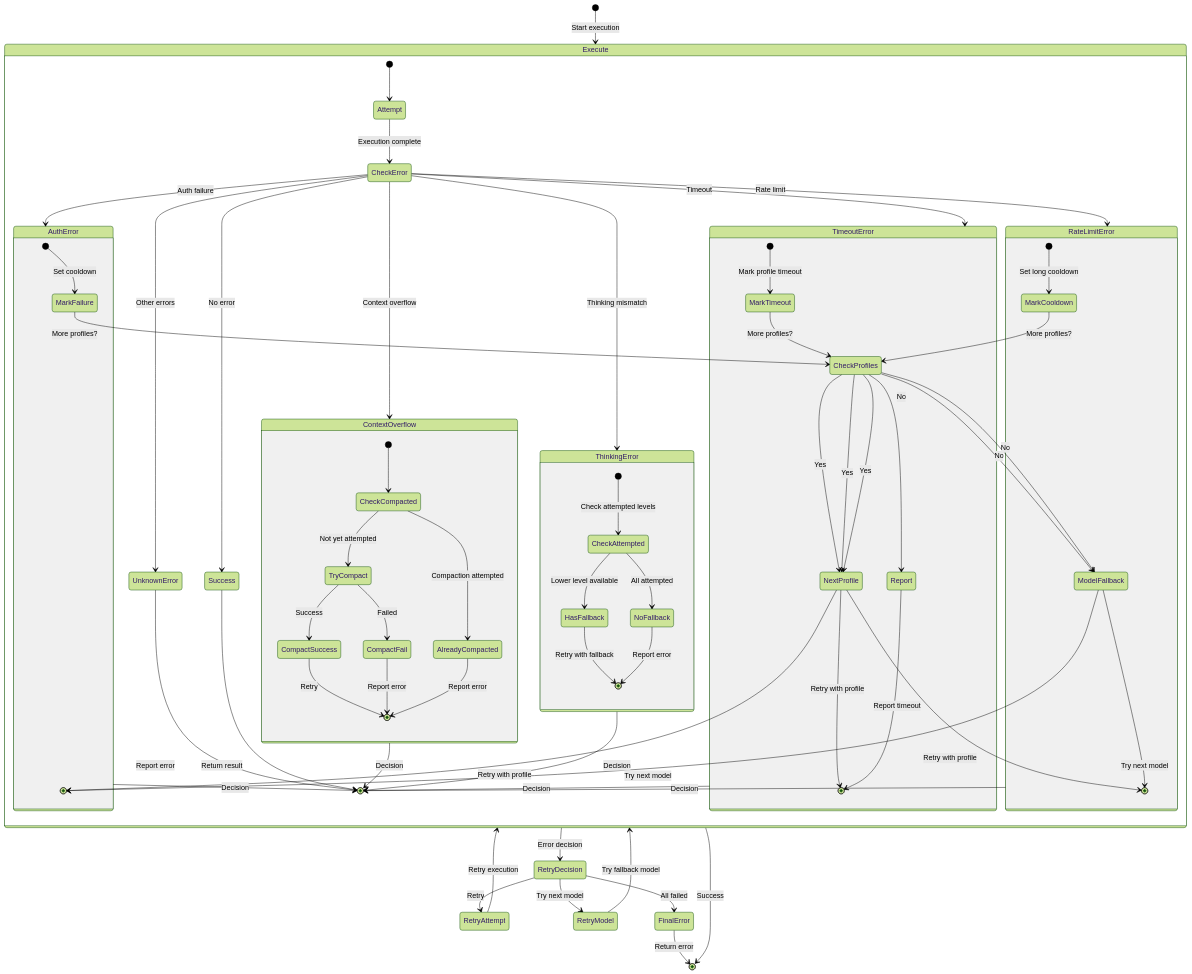
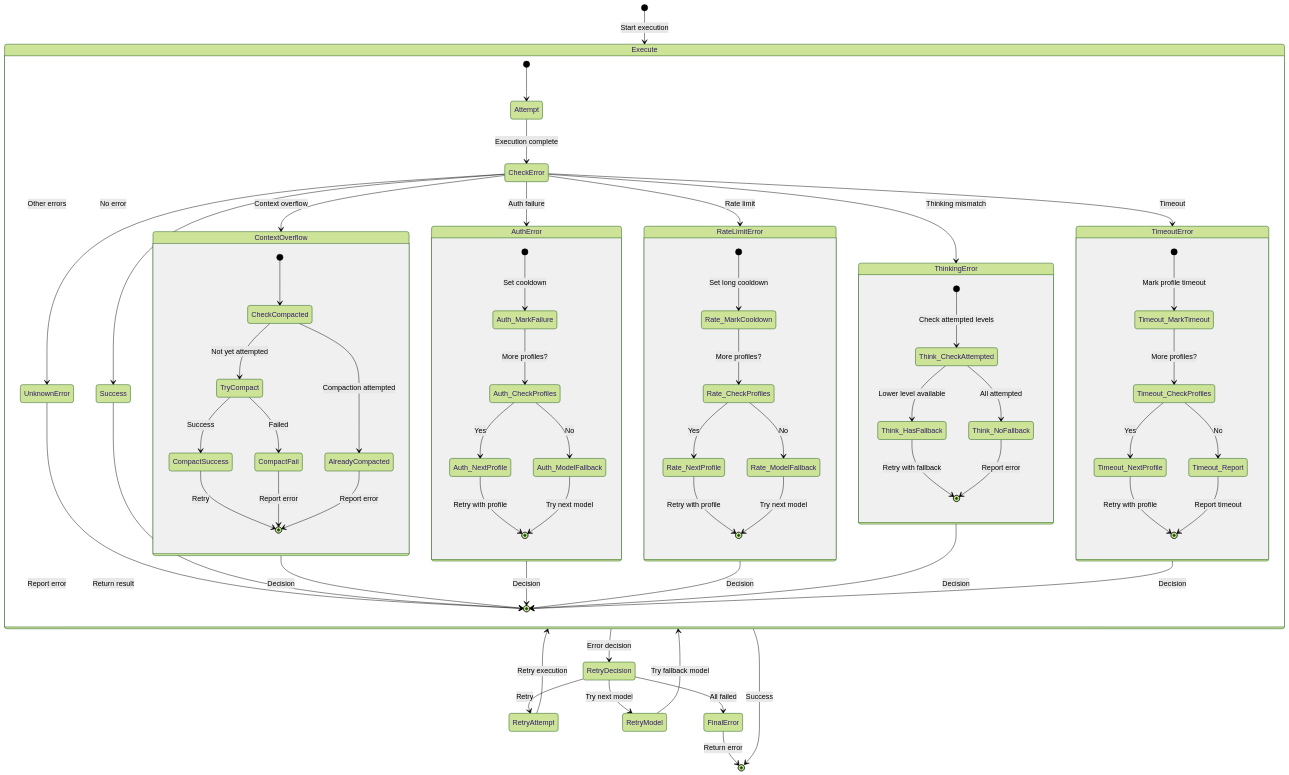
Before and after one commit to laurus-kpa007/openclaw-test: diagram 12 of 12 in analysis/architecture-diagrams.md, drawn with Mermaid (forest theme). The commit also changed other lines of this file, not shown here.

Commit message:
fix: resolve Mermaid diagram parsing errors
- Remove unsupported <br/> tags from stateDiagram-v2 transition labels (diagram 4)
- Make nested state names unique in stateDiagram-v2 (diagram 12) to avoid duplicate state identifier errors

https://claude.ai/code/session_01Fwsp6oExPeFydKTWd5bYQ5

````diff
--- a/analysis/architecture-diagrams.md
+++ b/analysis/architecture-diagrams.md
@@ -789,82 +789,82 @@
 ```mermaid
 stateDiagram-v2
     [*] --> Execute: Start execution
 
     state Execute {
         [*] --> Attempt
         Attempt --> CheckError: Execution complete
 
         state CheckError <<choice>>
         CheckError --> Success: No error
         CheckError --> ContextOverflow: Context overflow
         CheckError --> AuthError: Auth failure
         CheckError --> RateLimitError: Rate limit
         CheckError --> ThinkingError: Thinking mismatch
         CheckError --> TimeoutError: Timeout
         CheckError --> UnknownError: Other errors
 
         state ContextOverflow {
             [*] --> CheckCompacted
             CheckCompacted --> AlreadyCompacted: Compaction attempted
             CheckCompacted --> TryCompact: Not yet attempted
             TryCompact --> CompactSuccess: Success
             TryCompact --> CompactFail: Failed
             CompactSuccess --> [*]: Retry
             CompactFail --> [*]: Report error
             AlreadyCompacted --> [*]: Report error
         }
 
         state AuthError {
-            [*] --> MarkFailure: Set cooldown
-            MarkFailure --> CheckProfiles: More profiles?
-            CheckProfiles --> NextProfile: Yes
-            CheckProfiles --> ModelFallback: No
-            NextProfile --> [*]: Retry with profile
-            ModelFallback --> [*]: Try next model
+            [*] --> Auth_MarkFailure: Set cooldown
+            Auth_MarkFailure --> Auth_CheckProfiles: More profiles?
+            Auth_CheckProfiles --> Auth_NextProfile: Yes
+            Auth_CheckProfiles --> Auth_ModelFallback: No
+            Auth_NextProfile --> [*]: Retry with profile
+            Auth_ModelFallback --> [*]: Try next model
         }
 
         state RateLimitError {
-            [*] --> MarkCooldown: Set long cooldown
-            MarkCooldown --> CheckProfiles: More profiles?
-            CheckProfiles --> NextProfile: Yes
-            CheckProfiles --> ModelFallback: No
-            NextProfile --> [*]: Retry with profile
-            ModelFallback --> [*]: Try next model
+            [*] --> Rate_MarkCooldown: Set long cooldown
+            Rate_MarkCooldown --> Rate_CheckProfiles: More profiles?
+            Rate_CheckProfiles --> Rate_NextProfile: Yes
+            Rate_CheckProfiles --> Rate_ModelFallback: No
+            Rate_NextProfile --> [*]: Retry with profile
+            Rate_ModelFallback --> [*]: Try next model
         }
 
         state ThinkingError {
-            [*] --> CheckAttempted: Check attempted levels
-            CheckAttempted --> HasFallback: Lower level available
-            CheckAttempted --> NoFallback: All attempted
-            HasFallback --> [*]: Retry with fallback
-            NoFallback --> [*]: Report error
+            [*] --> Think_CheckAttempted: Check attempted levels
+            Think_CheckAttempted --> Think_HasFallback: Lower level available
+            Think_CheckAttempted --> Think_NoFallback: All attempted
+            Think_HasFallback --> [*]: Retry with fallback
+            Think_NoFallback --> [*]: Report error
         }
 
         state TimeoutError {
-            [*] --> MarkTimeout: Mark profile timeout
-            MarkTimeout --> CheckProfiles: More profiles?
-            CheckProfiles --> NextProfile: Yes
-            CheckProfiles --> Report: No
-            NextProfile --> [*]: Retry with profile
-            Report --> [*]: Report timeout
+            [*] --> Timeout_MarkTimeout: Mark profile timeout
+            Timeout_MarkTimeout --> Timeout_CheckProfiles: More profiles?
+            Timeout_CheckProfiles --> Timeout_NextProfile: Yes
+            Timeout_CheckProfiles --> Timeout_Report: No
+            Timeout_NextProfile --> [*]: Retry with profile
+            Timeout_Report --> [*]: Report timeout
         }
 
         ContextOverflow --> [*]: Decision
         AuthError --> [*]: Decision
         RateLimitError --> [*]: Decision
         ThinkingError --> [*]: Decision
         TimeoutError --> [*]: Decision
         UnknownError --> [*]: Report error
         Success --> [*]: Return result
     }
 
     Execute --> RetryDecision: Error decision
     RetryDecision --> RetryAttempt: Retry
     RetryDecision --> RetryModel: Try next model
     RetryDecision --> FinalError: All failed
 
     RetryAttempt --> Execute: Retry execution
     RetryModel --> Execute: Try fallback model
     FinalError --> [*]: Return error
     Execute --> [*]: Success
 ```
````
